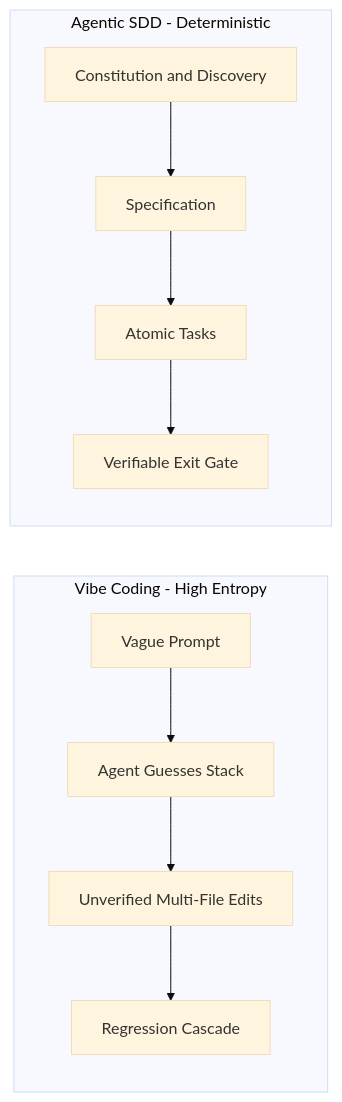
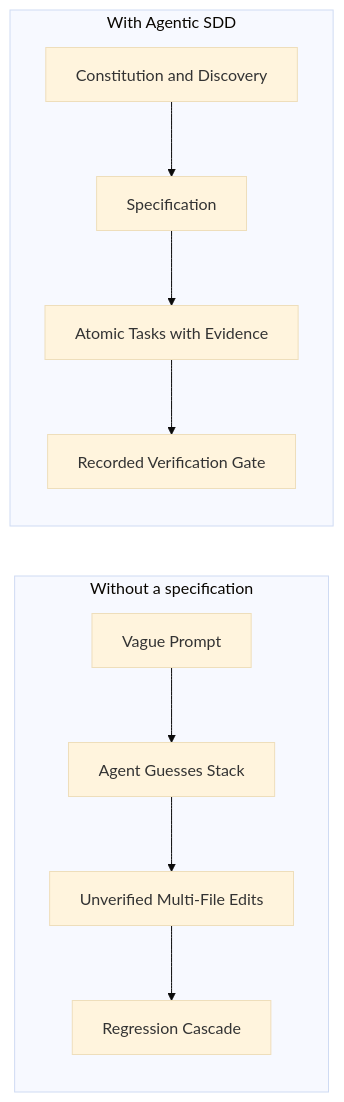
Before and after one commit to tBeltty/agentic-sdd-framework: the first of 2 diagrams in README.md, drawn with Mermaid (base theme). The commit also changed other lines of this file and 31 other files, not shown here.

````diff
--- a/README.md
+++ b/README.md
@@ -16,14 +18,14 @@
 ```mermaid
 graph LR
-    subgraph VibeCoding [Vibe Coding - High Entropy]
+    subgraph VibeCoding [Without a specification]
         V1[Vague Prompt] --> V2[Agent Guesses Stack]
         V2 --> V3[Unverified Multi-File Edits]
         V3 --> V4[Regression Cascade]
     end
 
-    subgraph AgenticSDD [Agentic SDD - Deterministic]
+    subgraph AgenticSDD [With Agentic SDD]
         S1[Constitution and Discovery] --> S2[Specification]
-        S2 --> S3[Atomic Tasks]
-        S3 --> S4[Verifiable Exit Gate]
+        S2 --> S3[Atomic Tasks with Evidence]
+        S3 --> S4[Recorded Verification Gate]
     end
 ```
````
